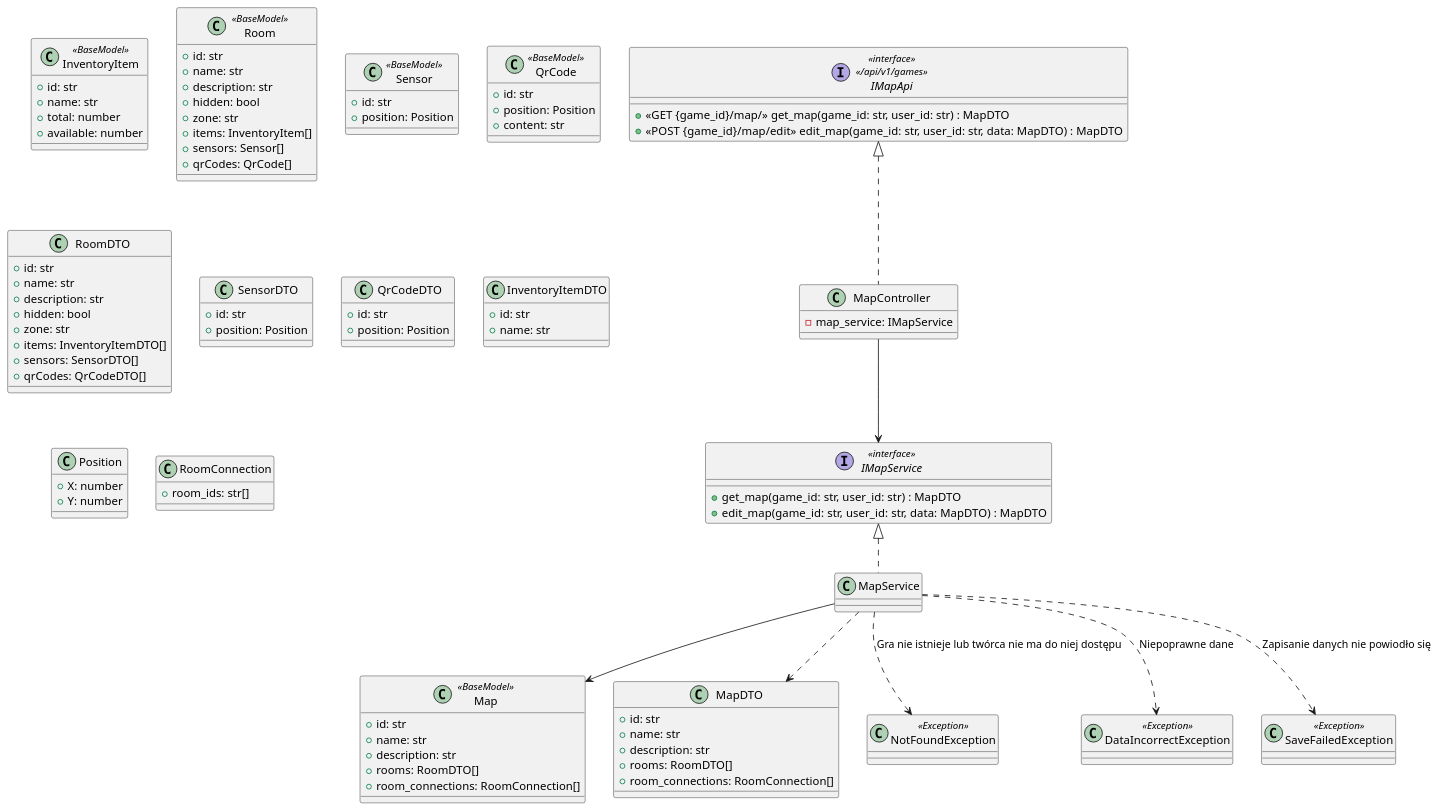
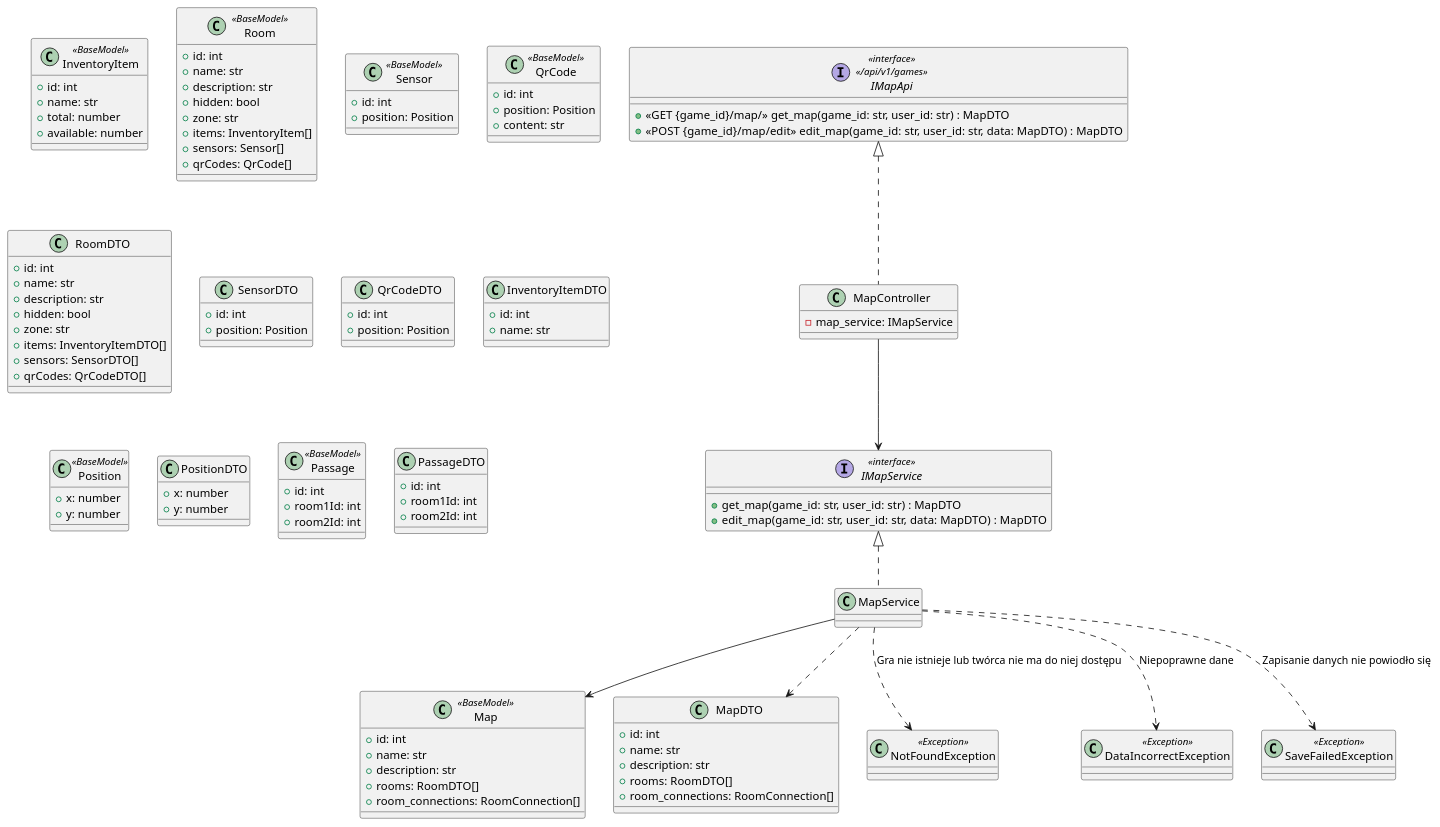
The diagram in diagrams/backend/map-definition.md (Igor-Ochocki/POP-2026Z), drawn with PlantUML before and after one commit.

Commit message:
update for frontend compatibility

```diff
--- a/diagrams/backend/map-definition.md
+++ b/diagrams/backend/map-definition.md
@@ -19,7 +19,7 @@
 }
 
 class Map <<BaseModel>> {
-    + id: str
+    + id: int
     + name: str
     + description: str
     + rooms: RoomDTO[]
@@ -27,7 +27,7 @@
 }
 
 class MapDTO {
-    + id: str
+    + id: int
     + name: str
     + description: str
     + rooms: RoomDTO[]
@@ -35,14 +35,14 @@
 }
 
 class InventoryItem <<BaseModel>> {
-    + id: str
+    + id: int
     + name: str
     + total: number
     + available: number
 }
 
 class Room <<BaseModel>> {
-    + id: str
+    + id: int
     + name: str
     + description: str
     + hidden: bool
@@ -53,18 +53,18 @@
 }
 
 class Sensor <<BaseModel>> {
-    + id: str
+    + id: int
     + position: Position
 }
 
 class QrCode <<BaseModel>> {
-    + id: str
+    + id: int
     + position: Position
     + content: str
 }
 
 class RoomDTO {
-    + id: str
+    + id: int
     + name: str
     + description: str
     + hidden: bool
@@ -75,27 +75,40 @@
 }
 
 class SensorDTO {
-    + id: str
+    + id: int
     + position: Position
 }
 
 class QrCodeDTO {
-    + id: str
+    + id: int
     + position: Position
 }
 
 class InventoryItemDTO {
-    + id: str
+    + id: int
     + name: str
 }
 
-class Position {
-    + X: number
-    + Y: number
+class Position <<BaseModel>> {
+    + x: number
+    + y: number
 }
 
-class RoomConnection {
-    + room_ids: str[]
+class PositionDTO {
+    + x: number
+    + y: number
+}
+
+class Passage <<BaseModel>> {
+    + id: int
+    + room1Id: int
+    + room2Id: int
+}
+
+class PassageDTO {
+    + id: int
+    + room1Id: int
+    + room2Id: int
 }
 
 class NotFoundException <<Exception>> {
```
